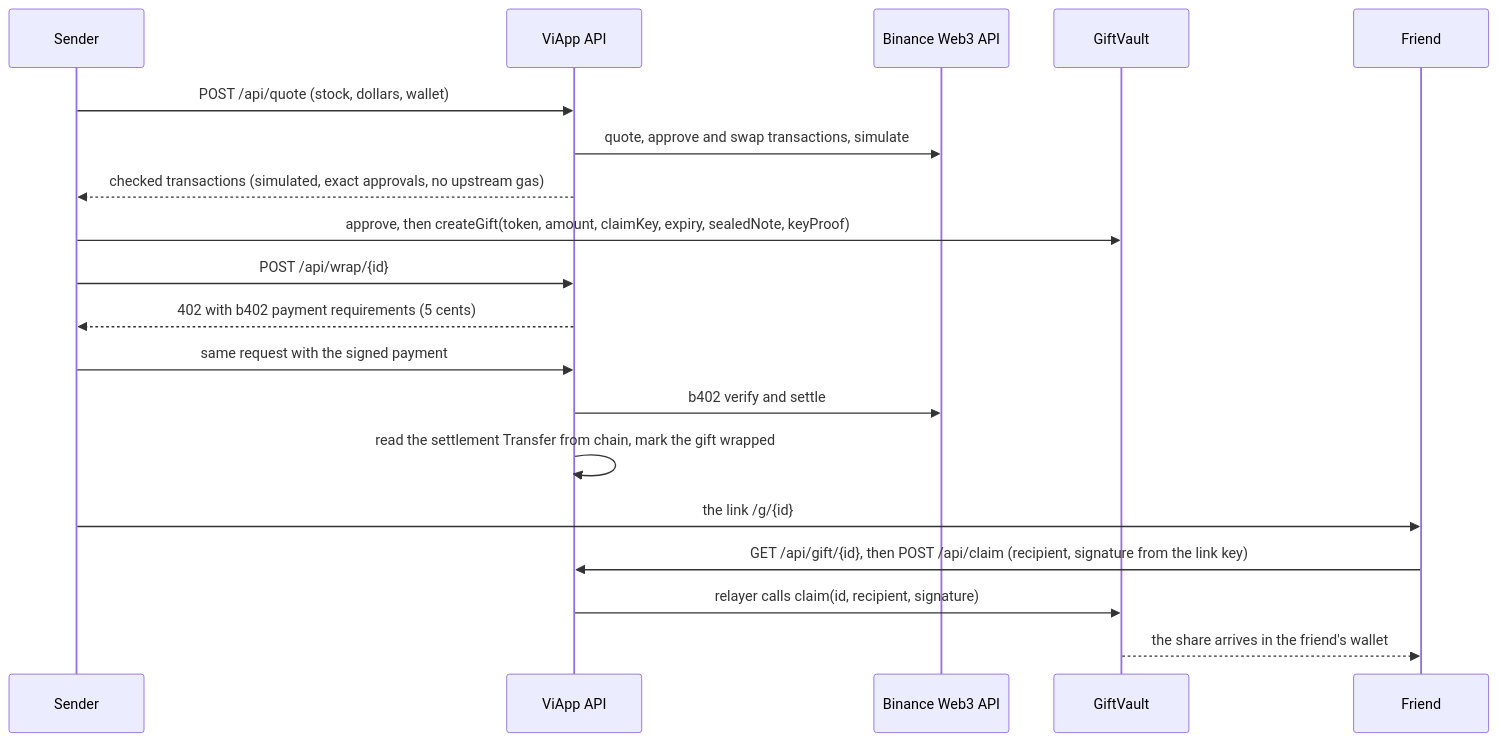
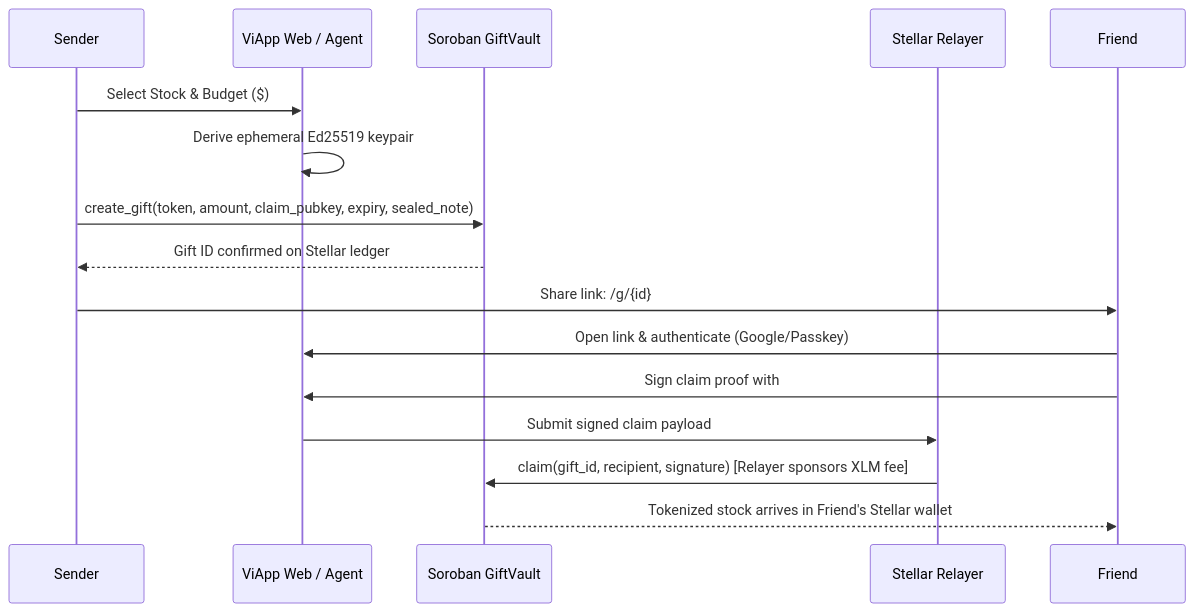
The diagram in packages/web/content/docs/how-it-works.mdx (ibochivincent-lang/viapp), drawn with Mermaid before and after one commit. The commit also changed other lines of this file and 19 other files, not shown here.

````diff
--- a/packages/web/content/docs/how-it-works.mdx
+++ b/packages/web/content/docs/how-it-works.mdx
@@ -68,21 +27,18 @@
 ```mermaid
 sequenceDiagram
   participant S as Sender
-  participant M as ViApp API
-  participant B as Binance Web3 API
-  participant V as GiftVault
+  participant W as ViApp Web / Agent
+  participant V as Soroban GiftVault
+  participant R as Stellar Relayer
   participant F as Friend
-  S->>M: POST /api/quote (stock, dollars, wallet)
-  M->>B: quote, approve and swap transactions, simulate
-  M-->>S: checked transactions (simulated, exact approvals, no upstream gas)
-  S->>V: approve, then createGift(token, amount, claimKey, expiry, sealedNote, keyProof)
-  S->>M: POST /api/wrap/{id}
-  M-->>S: 402 with b402 payment requirements (5 cents)
-  S->>M: same request with the signed payment
-  M->>B: b402 verify and settle
-  M->>M: read the settlement Transfer from chain, mark the gift wrapped
-  S->>F: the link /g/{id}#{claimKey}
-  F->>M: GET /api/gift/{id}, then POST /api/claim (recipient, signature from the link key)
-  M->>V: relayer calls claim(id, recipient, signature)
-  V-->>F: the share arrives in the friend's wallet
+  S->>W: Select Stock & Budget ($)
+  W->>W: Derive ephemeral Ed25519 keypair
+  S->>V: create_gift(token, amount, claim_pubkey, expiry, sealed_note)
+  V-->>S: Gift ID confirmed on Stellar ledger
+  S->>F: Share link: /g/{id}#{claimKey}
+  F->>W: Open link & authenticate (Google/Passkey)
+  F->>W: Sign claim proof with #{claimKey}
+  W->>R: Submit signed claim payload
+  R->>V: claim(gift_id, recipient, signature) [Relayer sponsors XLM fee]
+  V-->>F: Tokenized stock arrives in Friend's Stellar wallet
 ```
````
